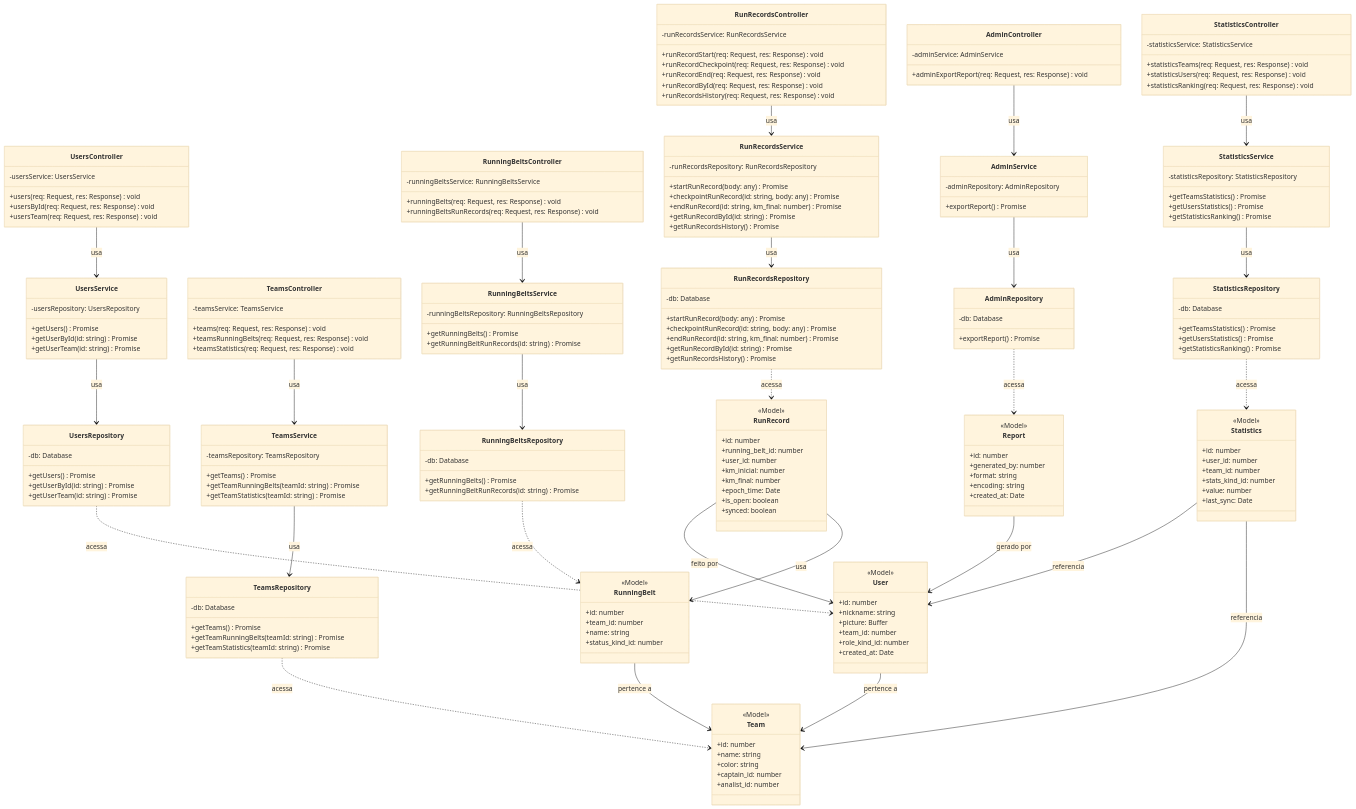
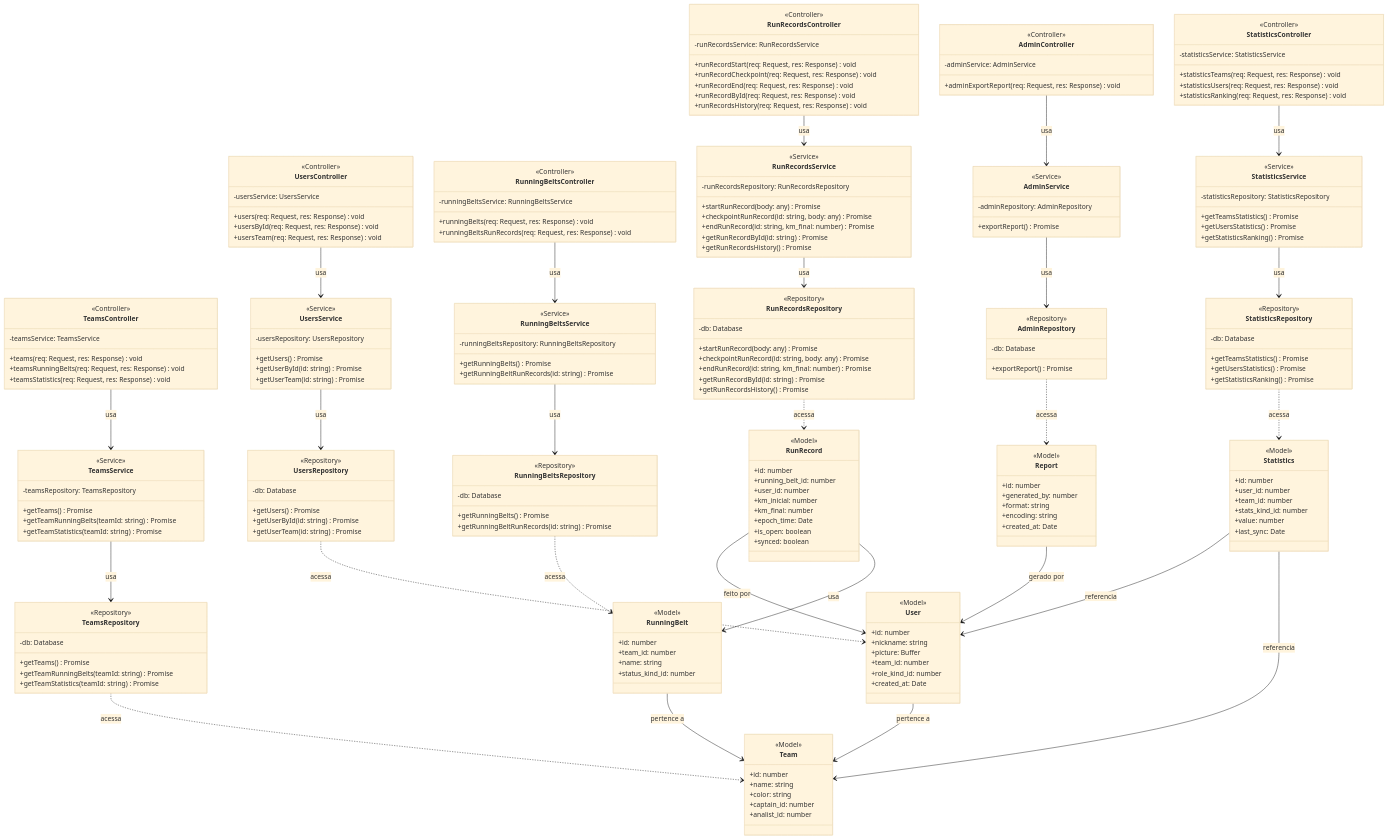
The diagram in DiagramaDeClassesArquitetural.md (rafayto/Testes-Diagramas-e-Modelos), drawn with Mermaid (base theme) before and after one commit.

Commit message:
as vezes

```diff
--- a/DiagramaDeClassesArquitetural.md
+++ b/DiagramaDeClassesArquitetural.md
@@ -2,23 +2,131 @@
 classDiagram
 
     class UsersController {
+        <<Controller>>
         -usersService: UsersService
         +users(req: Request, res: Response) void
         +usersById(req: Request, res: Response) void
         +usersTeam(req: Request, res: Response) void
     }
+    class TeamsController {
+        <<Controller>>
+        -teamsService: TeamsService
+        +teams(req: Request, res: Response) void
+        +teamsRunningBelts(req: Request, res: Response) void
+        +teamsStatistics(req: Request, res: Response) void
+    }
+    class RunningBeltsController {
+        <<Controller>>
+        -runningBeltsService: RunningBeltsService
+        +runningBelts(req: Request, res: Response) void
+        +runningBeltsRunRecords(req: Request, res: Response) void
+    }
+    class RunRecordsController {
+        <<Controller>>
+        -runRecordsService: RunRecordsService
+        +runRecordStart(req: Request, res: Response) void
+        +runRecordCheckpoint(req: Request, res: Response) void
+        +runRecordEnd(req: Request, res: Response) void
+        +runRecordById(req: Request, res: Response) void
+        +runRecordsHistory(req: Request, res: Response) void
+    }
+    class StatisticsController {
+        <<Controller>>
+        -statisticsService: StatisticsService
+        +statisticsTeams(req: Request, res: Response) void
+        +statisticsUsers(req: Request, res: Response) void
+        +statisticsRanking(req: Request, res: Response) void
+    }
+    class AdminController {
+        <<Controller>>
+        -adminService: AdminService
+        +adminExportReport(req: Request, res: Response) void
+    }
+
     class UsersService {
+        <<Service>>
         -usersRepository: UsersRepository
         +getUsers() Promise
         +getUserById(id: string) Promise
         +getUserTeam(id: string) Promise
     }
+    class TeamsService {
+        <<Service>>
+        -teamsRepository: TeamsRepository
+        +getTeams() Promise
+        +getTeamRunningBelts(teamId: string) Promise
+        +getTeamStatistics(teamId: string) Promise
+    }
+    class RunningBeltsService {
+        <<Service>>
+        -runningBeltsRepository: RunningBeltsRepository
+        +getRunningBelts() Promise
+        +getRunningBeltRunRecords(id: string) Promise
+    }
+    class RunRecordsService {
+        <<Service>>
+        -runRecordsRepository: RunRecordsRepository
+        +startRunRecord(body: any) Promise
+        +checkpointRunRecord(id: string, body: any) Promise
+        +endRunRecord(id: string, km_final: number) Promise
+        +getRunRecordById(id: string) Promise
+        +getRunRecordsHistory() Promise
+    }
+    class StatisticsService {
+        <<Service>>
+        -statisticsRepository: StatisticsRepository
+        +getTeamsStatistics() Promise
+        +getUsersStatistics() Promise
+        +getStatisticsRanking() Promise
+    }
+    class AdminService {
+        <<Service>>
+        -adminRepository: AdminRepository
+        +exportReport() Promise
+    }
+
     class UsersRepository {
+        <<Repository>>
         -db: Database
         +getUsers() Promise
         +getUserById(id: string) Promise
         +getUserTeam(id: string) Promise
     }
+    class TeamsRepository {
+        <<Repository>>
+        -db: Database
+        +getTeams() Promise
+        +getTeamRunningBelts(teamId: string) Promise
+        +getTeamStatistics(teamId: string) Promise
+    }
+    class RunningBeltsRepository {
+        <<Repository>>
+        -db: Database
+        +getRunningBelts() Promise
+        +getRunningBeltRunRecords(id: string) Promise
+    }
+    class RunRecordsRepository {
+        <<Repository>>
+        -db: Database
+        +startRunRecord(body: any) Promise
+        +checkpointRunRecord(id: string, body: any) Promise
+        +endRunRecord(id: string, km_final: number) Promise
+        +getRunRecordById(id: string) Promise
+        +getRunRecordsHistory() Promise
+    }
+    class StatisticsRepository {
+        <<Repository>>
+        -db: Database
+        +getTeamsStatistics() Promise
+        +getUsersStatistics() Promise
+        +getStatisticsRanking() Promise
+    }
+    class AdminRepository {
+        <<Repository>>
+        -db: Database
+        +exportReport() Promise
+    }
+
     class User {
         <<Model>>
         +id: number
@@ -28,25 +136,6 @@
         +role_kind_id: number
         +created_at: Date
     }
-
-    class TeamsController {
-        -teamsService: TeamsService
-        +teams(req: Request, res: Response) void
-        +teamsRunningBelts(req: Request, res: Response) void
-        +teamsStatistics(req: Request, res: Response) void
-    }
-    class TeamsService {
-        -teamsRepository: TeamsRepository
-        +getTeams() Promise
-        +getTeamRunningBelts(teamId: string) Promise
-        +getTeamStatistics(teamId: string) Promise
-    }
-    class TeamsRepository {
-        -db: Database
-        +getTeams() Promise
-        +getTeamRunningBelts(teamId: string) Promise
-        +getTeamStatistics(teamId: string) Promise
-    }
     class Team {
         <<Model>>
         +id: number
@@ -55,53 +144,12 @@
         +captain_id: number
         +analist_id: number
     }
-
-    class RunningBeltsController {
-        -runningBeltsService: RunningBeltsService
-        +runningBelts(req: Request, res: Response) void
-        +runningBeltsRunRecords(req: Request, res: Response) void
-    }
-    class RunningBeltsService {
-        -runningBeltsRepository: RunningBeltsRepository
-        +getRunningBelts() Promise
-        +getRunningBeltRunRecords(id: string) Promise
-    }
-    class RunningBeltsRepository {
-        -db: Database
-        +getRunningBelts() Promise
-        +getRunningBeltRunRecords(id: string) Promise
-    }
     class RunningBelt {
         <<Model>>
         +id: number
         +team_id: number
         +name: string
         +status_kind_id: number
-    }
-
-    class RunRecordsController {
-        -runRecordsService: RunRecordsService
-        +runRecordStart(req: Request, res: Response) void
-        +runRecordCheckpoint(req: Request, res: Response) void
-        +runRecordEnd(req: Request, res: Response) void
-        +runRecordById(req: Request, res: Response) void
-        +runRecordsHistory(req: Request, res: Response) void
-    }
-    class RunRecordsService {
-        -runRecordsRepository: RunRecordsRepository
-        +startRunRecord(body: any) Promise
-        +checkpointRunRecord(id: string, body: any) Promise
-        +endRunRecord(id: string, km_final: number) Promise
-        +getRunRecordById(id: string) Promise
-        +getRunRecordsHistory() Promise
-    }
-    class RunRecordsRepository {
-        -db: Database
-        +startRunRecord(body: any) Promise
-        +checkpointRunRecord(id: string, body: any) Promise
-        +endRunRecord(id: string, km_final: number) Promise
-        +getRunRecordById(id: string) Promise
-        +getRunRecordsHistory() Promise
     }
     class RunRecord {
         <<Model>>
@@ -114,25 +162,6 @@
         +is_open: boolean
         +synced: boolean
     }
-
-    class StatisticsController {
-        -statisticsService: StatisticsService
-        +statisticsTeams(req: Request, res: Response) void
-        +statisticsUsers(req: Request, res: Response) void
-        +statisticsRanking(req: Request, res: Response) void
-    }
-    class StatisticsService {
-        -statisticsRepository: StatisticsRepository
-        +getTeamsStatistics() Promise
-        +getUsersStatistics() Promise
-        +getStatisticsRanking() Promise
-    }
-    class StatisticsRepository {
-        -db: Database
-        +getTeamsStatistics() Promise
-        +getUsersStatistics() Promise
-        +getStatisticsRanking() Promise
-    }
     class Statistics {
         <<Model>>
         +id: number
@@ -141,19 +170,6 @@
         +stats_kind_id: number
         +value: number
         +last_sync: Date
-    }
-
-    class AdminController {
-        -adminService: AdminService
-        +adminExportReport(req: Request, res: Response) void
-    }
-    class AdminService {
-        -adminRepository: AdminRepository
-        +exportReport() Promise
-    }
-    class AdminRepository {
-        -db: Database
-        +exportReport() Promise
     }
     class Report {
         <<Model>>
@@ -165,27 +181,24 @@
     }
 
     UsersController --> UsersService : usa
+    TeamsController --> TeamsService : usa
+    RunningBeltsController --> RunningBeltsService : usa
+    RunRecordsController --> RunRecordsService : usa
+    StatisticsController --> StatisticsService : usa
+    AdminController --> AdminService : usa
+
     UsersService --> UsersRepository : usa
+    TeamsService --> TeamsRepository : usa
+    RunningBeltsService --> RunningBeltsRepository : usa
+    RunRecordsService --> RunRecordsRepository : usa
+    StatisticsService --> StatisticsRepository : usa
+    AdminService --> AdminRepository : usa
+
     UsersRepository ..> User : acessa
-
-    TeamsController --> TeamsService : usa
-    TeamsService --> TeamsRepository : usa
     TeamsRepository ..> Team : acessa
-
-    RunningBeltsController --> RunningBeltsService : usa
-    RunningBeltsService --> RunningBeltsRepository : usa
     RunningBeltsRepository ..> RunningBelt : acessa
-
-    RunRecordsController --> RunRecordsService : usa
-    RunRecordsService --> RunRecordsRepository : usa
     RunRecordsRepository ..> RunRecord : acessa
-
-    StatisticsController --> StatisticsService : usa
-    StatisticsService --> StatisticsRepository : usa
     StatisticsRepository ..> Statistics : acessa
-
-    AdminController --> AdminService : usa
-    AdminService --> AdminRepository : usa
     AdminRepository ..> Report : acessa
 
     User --> Team : pertence a
```
